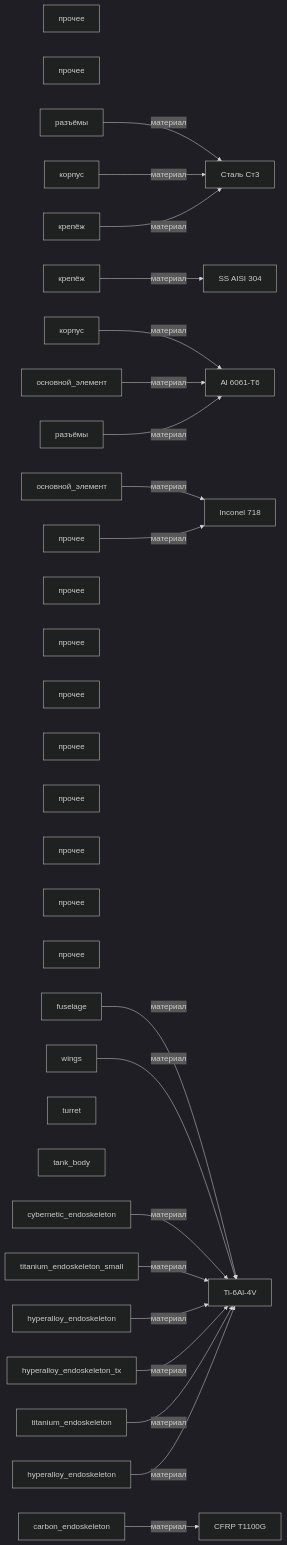
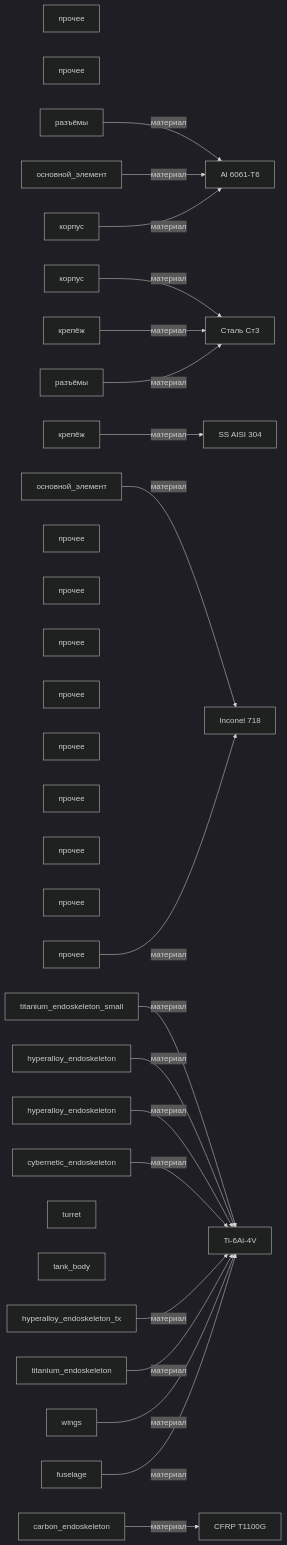
One commit to a-m-e-n-t-e-t/SkyNet changed the diagram in graphs/mermaid/graph1_каркас.md. Above: the diagram before and after it, drawn with Mermaid (dark theme). The commit also changed other lines of this file and 24 other files, not shown here.

````diff
--- a/graphs/mermaid/graph1_каркас.md
+++ b/graphs/mermaid/graph1_каркас.md
@@ -3,57 +3,57 @@
 ```mermaid
 graph LR
+    izdelie_reshetchatyi_karkas[прочее]
     izdelie_kompensatory[прочее]
-    izdelie_reshetchatyi_karkas[прочее]
-    часть_kompensatory_connectors[разъёмы]
-    часть_kompensatory_mounting[крепёж]
-    часть_kompensatory_housing[корпус]
-    часть_kompensatory_core[основной_элемент]
+    часть_reshetchatyi_karkas_connectors[разъёмы]
     часть_reshetchatyi_karkas_housing[корпус]
     часть_reshetchatyi_karkas_core[основной_элемент]
-    часть_reshetchatyi_karkas_connectors[разъёмы]
     часть_reshetchatyi_karkas_mounting[крепёж]
-    izdelie_SkyNet_HKAerial[прочее]
+    часть_kompensatory_housing[корпус]
+    часть_kompensatory_mounting[крепёж]
+    часть_kompensatory_connectors[разъёмы]
+    часть_kompensatory_core[основной_элемент]
+    izdelie_SkyNet_Cameron[прочее]
+    izdelie_SkyNet_T850[прочее]
+    izdelie_SkyNet_Rev9[прочее]
+    izdelie_SkyNet_T800[прочее]
     izdelie_SkyNet_HKTank[прочее]
     izdelie_SkyNet_MarcusWright[прочее]
-    izdelie_SkyNet_Rev9[прочее]
-    izdelie_SkyNet_Cameron[прочее]
-    izdelie_SkyNet_T850[прочее]
     izdelie_SkyNet_TX[прочее]
     izdelie_SkyNet_T600[прочее]
-    izdelie_SkyNet_T800[прочее]
-    часть_hk_aerial_фюзеляж[fuselage]
-    часть_hk_aerial_крылья[wings]
+    izdelie_SkyNet_HKAerial[прочее]
+    часть_cameron_эндоскелет[titanium_endoskeleton_small]
+    часть_t850_эндоскелет[hyperalloy_endoskeleton]
+    часть_rev9_endoskeleton[carbon_endoskeleton]
+    часть_t800_эндоскелет_торс[hyperalloy_endoskeleton]
     часть_hk_tank_башня[turret]
     часть_hk_tank_корпус[tank_body]
     часть_marcus_эндоскелет[cybernetic_endoskeleton]
-    часть_rev9_endoskeleton[carbon_endoskeleton]
-    часть_cameron_эндоскелет[titanium_endoskeleton_small]
-    часть_t850_эндоскелет[hyperalloy_endoskeleton]
     часть_t_x_эндоскелет[hyperalloy_endoskeleton_tx]
     часть_t600_эндоскелет[titanium_endoskeleton]
-    часть_t800_эндоскелет_торс[hyperalloy_endoskeleton]
+    часть_hk_aerial_крылья[wings]
+    часть_hk_aerial_фюзеляж[fuselage]
     material_al_6061_t6[Al 6061-T6]
     material_cfrp_t1100g[CFRP T1100G]
     material_inconel_718[Inconel 718]
     material_ss_aisi_304[SS AISI 304]
     material_stal_st3[Сталь Ст3]
     material_ti_6al_4v[Ti-6Al-4V]
-    часть_kompensatory_connectors -->|материал| material_stal_st3
-    часть_kompensatory_mounting -->|материал| material_ss_aisi_304
-    часть_kompensatory_housing -->|материал| material_al_6061_t6
-    часть_kompensatory_core -->|материал| material_inconel_718
+    часть_reshetchatyi_karkas_connectors -->|материал| material_al_6061_t6
     часть_reshetchatyi_karkas_housing -->|материал| material_stal_st3
     часть_reshetchatyi_karkas_core -->|материал| material_al_6061_t6
-    часть_reshetchatyi_karkas_connectors -->|материал| material_al_6061_t6
     часть_reshetchatyi_karkas_mounting -->|материал| material_stal_st3
+    часть_kompensatory_housing -->|материал| material_al_6061_t6
+    часть_kompensatory_mounting -->|материал| material_ss_aisi_304
+    часть_kompensatory_connectors -->|материал| material_stal_st3
+    часть_kompensatory_core -->|материал| material_inconel_718
     izdelie_SkyNet_HKAerial -->|материал| material_inconel_718
-    часть_hk_aerial_фюзеляж -->|материал| material_ti_6al_4v
-    часть_hk_aerial_крылья -->|материал| material_ti_6al_4v
-    часть_marcus_эндоскелет -->|материал| material_ti_6al_4v
-    часть_rev9_endoskeleton -->|материал| material_cfrp_t1100g
     часть_cameron_эндоскелет -->|материал| material_ti_6al_4v
     часть_t850_эндоскелет -->|материал| material_ti_6al_4v
+    часть_rev9_endoskeleton -->|материал| material_cfrp_t1100g
+    часть_t800_эндоскелет_торс -->|материал| material_ti_6al_4v
+    часть_marcus_эндоскелет -->|материал| material_ti_6al_4v
     часть_t_x_эндоскелет -->|материал| material_ti_6al_4v
     часть_t600_эндоскелет -->|материал| material_ti_6al_4v
-    часть_t800_эндоскелет_торс -->|материал| material_ti_6al_4v
+    часть_hk_aerial_крылья -->|материал| material_ti_6al_4v
+    часть_hk_aerial_фюзеляж -->|материал| material_ti_6al_4v
 ```
````
